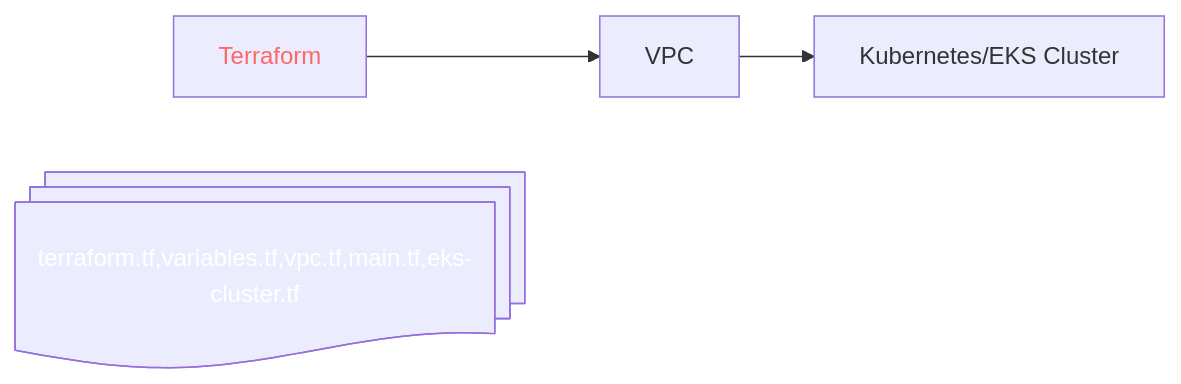
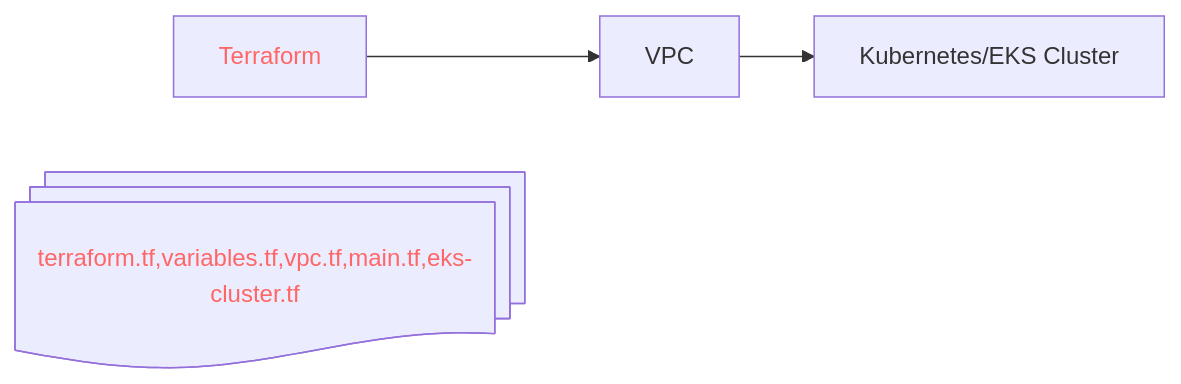
Before and after one commit to lazyjitsu/gitops-udemy: the diagram in README.md, drawn with Mermaid.

Commit message:
fixed multidoc text color

````diff
--- a/README.md
+++ b/README.md
@@ -3,11 +3,11 @@
 ```mermaid
 graph LR;
     Terra["Terraform"]
     VPC["VPC"]
     K8S["Kubernetes/EKS Cluster"]
     Terra --> VPC --> K8S
 
 style Terra color:#f66
 A@{ shape: docs, label: "terraform.tf,variables.tf,vpc.tf,main.tf,eks-cluster.tf" }
-style A color:#FFF
+style A color:#F66
 ```
````
